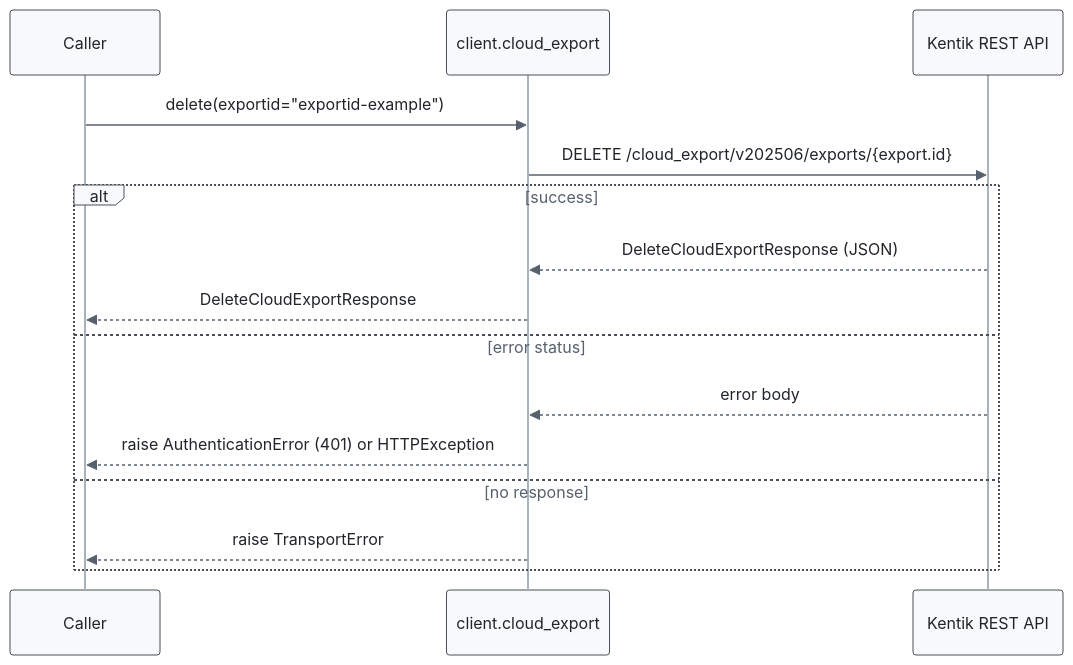
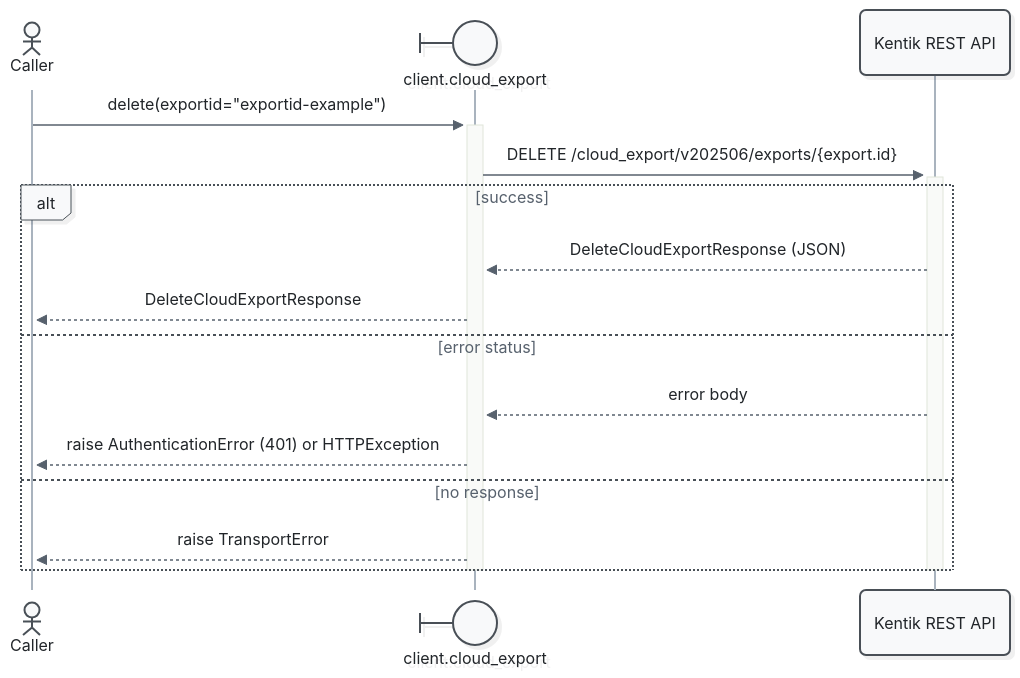
Before and after one commit to alexdearaujo/community_sdk_python: the ninth of 11 diagrams in docs/sphinx/services/cloud_export.md, drawn with Mermaid. The commit also changed other lines of this file and 52 other files, not shown here.

First line of the commit message:
docs: Mermaid 12 sequence diagrams with participant types and path colors

````diff
--- a/docs/sphinx/services/cloud_export.md
+++ b/docs/sphinx/services/cloud_export.md
@@ -343,19 +363,21 @@
 ```mermaid
-%%{init: {"theme": "base", "fontFamily": "ui-monospace, SFMono-Regular, Menlo, monospace", "themeVariables": {"fontFamily": "ui-monospace, SFMono-Regular, Menlo, monospace", "primaryColor": "#f8f9fa", "primaryBorderColor": "#495057", "primaryTextColor": "#212529", "textColor": "#212529", "lineColor": "#77818c", "edgeLabelBackground": "#ffffff", "actorBkg": "#f8f9fa", "actorBorder": "#495057", "actorTextColor": "#212529", "actorLineColor": "#a9b3be", "signalColor": "#57616d", "signalTextColor": "#212529", "labelBoxBkgColor": "#f8f9fa", "labelBoxBorderColor": "#495057", "labelTextColor": "#212529", "loopTextColor": "#57616d", "noteBkgColor": "#fff9db", "noteBorderColor": "#f08c00", "noteTextColor": "#a35a00"}, "flowchart": {"curve": "step", "nodeSpacing": 30, "rankSpacing": 70, "wrappingWidth": 400}}}%%
+%%{init: {"theme": "redux", "look": "neo", "layout": "dagre", "fontFamily": "ui-monospace, SFMono-Regular, Menlo, monospace", "themeVariables": {"fontFamily": "ui-monospace, SFMono-Regular, Menlo, monospace", "primaryColor": "#f8f9fa", "primaryBorderColor": "#495057", "primaryTextColor": "#212529", "textColor": "#212529", "lineColor": "#77818c", "edgeLabelBackground": "#ffffff", "actorBkg": "#f8f9fa", "actorBorder": "#495057", "actorTextColor": "#212529", "actorLineColor": "#a9b3be", "signalColor": "#57616d", "signalTextColor": "#212529", "labelBoxBkgColor": "#f8f9fa", "labelBoxBorderColor": "#495057", "labelTextColor": "#212529", "loopTextColor": "#57616d", "noteBkgColor": "#fff9db", "noteBorderColor": "#f08c00", "noteTextColor": "#a35a00"}, "sequence": {"activationWidth": 16}, "flowchart": {"curve": "step", "nodeSpacing": 30, "rankSpacing": 70, "wrappingWidth": 400}}}%%
 sequenceDiagram
-    participant C as Caller
-    participant W as client.cloud_export
+    actor C as Caller
+    participant W@{ "type": "boundary" } as client.cloud_export
     participant API as Kentik REST API
 
-    C->>W: delete(exportid="exportid-example")
-    W->>API: DELETE /cloud_export/v202506/exports/{export.id}
+    C->>+W: delete(exportid="exportid-example")
+    W->>+API: DELETE /cloud_export/v202506/exports/{export.id}
     alt success
         API-->>W: DeleteCloudExportResponse (JSON)
         W-->>C: DeleteCloudExportResponse
     else error status
         API-->>W: error body
         W-->>C: raise AuthenticationError (401) or HTTPException
     else no response
         W-->>C: raise TransportError
     end
+    deactivate API
+    deactivate W
 ```
````
